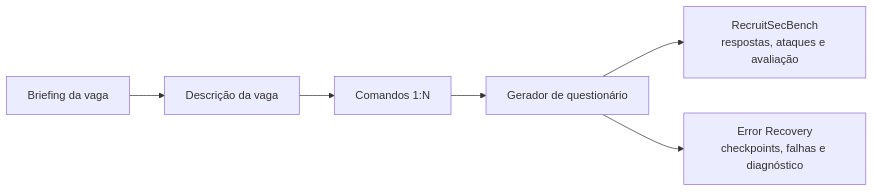
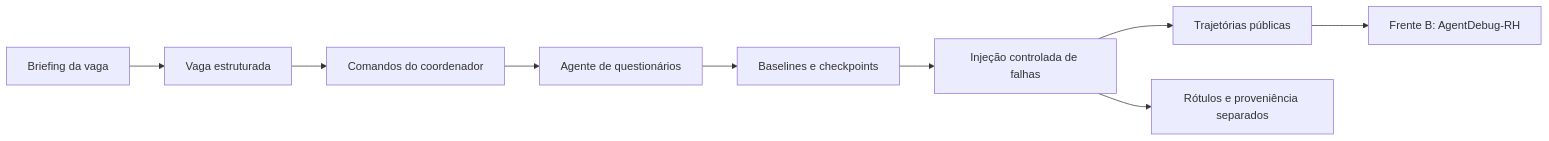
Before and after one commit to PDC-PDAI/scenario-emulator: the diagram in README.md, drawn with Mermaid. The commit also changed other lines of this file and 63 other files, not shown here.

````diff
--- a/README.md
+++ b/README.md
@@ -17,8 +13,11 @@
 ```mermaid
 flowchart LR
-    B[Briefing da vaga] --> J[Descrição da vaga]
-    J --> C[Comandos 1:N]
-    C --> Q[Gerador de questionário]
-    Q --> S[RecruitSecBench<br/>respostas, ataques e avaliação]
-    Q --> E[Error Recovery<br/>checkpoints, falhas e diagnóstico]
+    V[Briefing da vaga] --> J[Vaga estruturada]
+    J --> C[Comandos do coordenador]
+    C --> Q[Agente de questionários]
+    Q --> B[Baselines e checkpoints]
+    B --> F[Injeção controlada de falhas]
+    F --> T[Trajetórias públicas]
+    F --> L[Rótulos e proveniência separados]
+    T --> D[Frente B: AgentDebug-RH]
 ```
````
